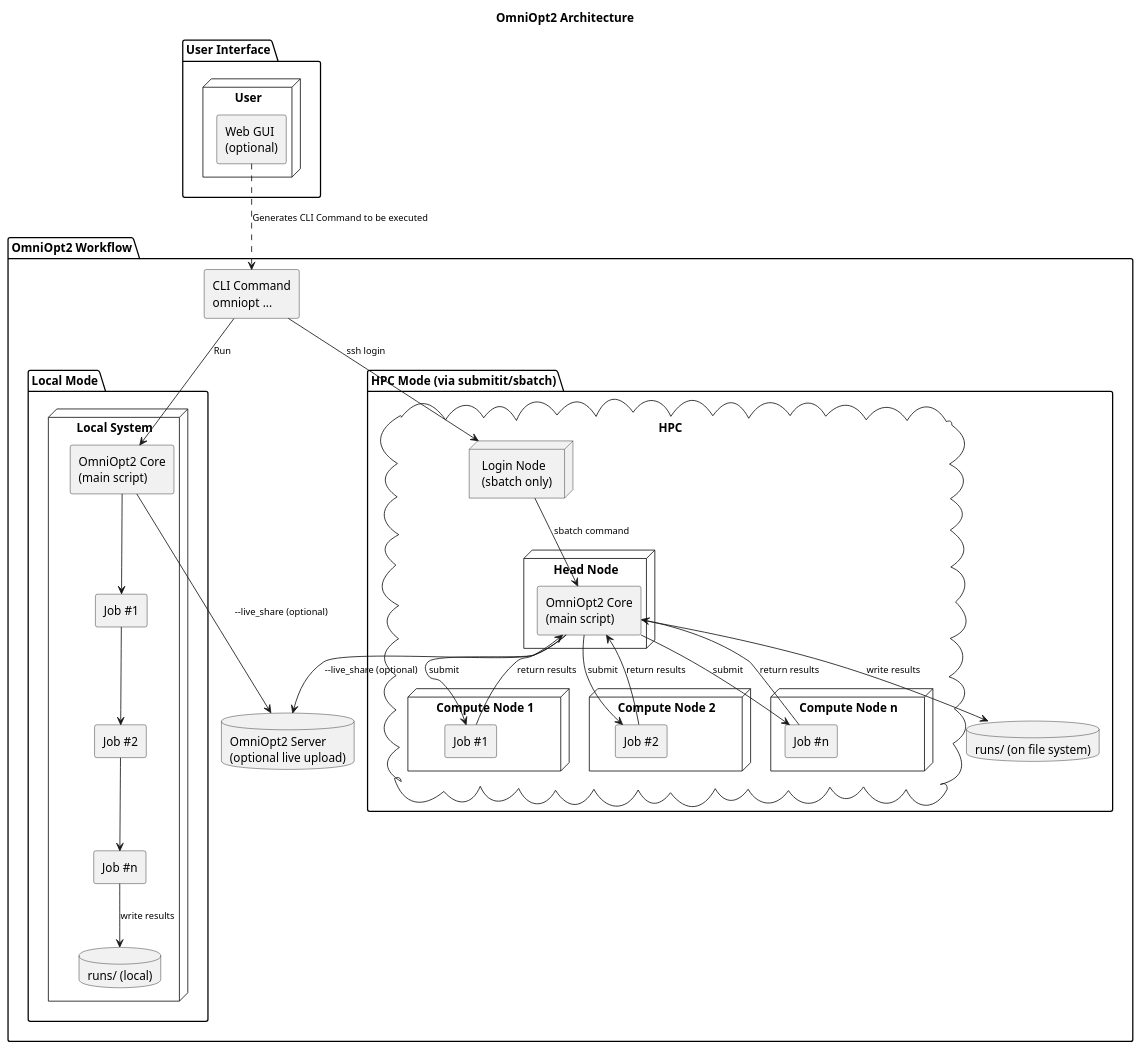
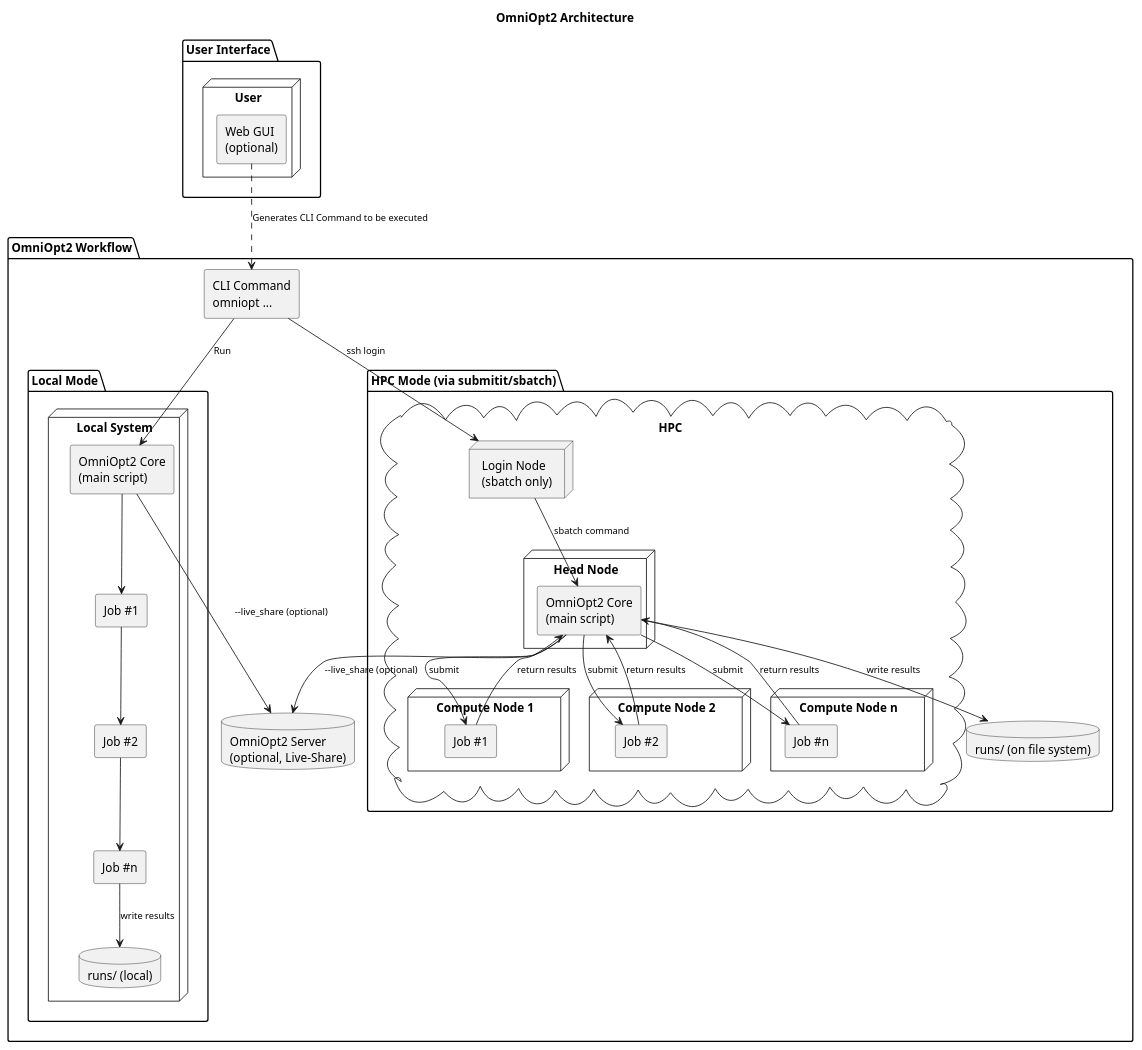
One commit to NormanTUD/OmniOpt changed the diagram in .gui/documentation/architektur.puml. Above: the diagram before and after it, drawn with PlantUML.

```diff
--- a/.gui/documentation/architektur.puml
+++ b/.gui/documentation/architektur.puml
@@ -1,80 +1,80 @@
 @startuml
 skinparam componentStyle rectangle
 skinparam defaultFontName Monospace
 skinparam ArrowFontSize 11
 
 title OmniOpt2 Architecture
 
 package "User Interface" {
   node "User" {
     component "Web GUI\n(optional)" as GUI
   }
 }
 
 package "OmniOpt2 Workflow" {
 
   component "CLI Command\nomniopt ..." as CLI
 
   GUI ..> CLI : Generates CLI Command to be executed
 
-  database "OmniOpt2 Server\n(optional live upload)" as OmniOpt2Server
+  database "OmniOpt2 Server\n(optional, Live-Share)" as OmniOpt2Server
 
   package "Local Mode" {
     node "Local System" {
       component "OmniOpt2 Core\n(main script)" as LocalCore
       component "Job #1" as LocalJobs1
       component "Job #2" as LocalJobs2
       component "Job #n" as LocalJobs3
       database "runs/ (local)" as LocalRuns
     }
 
     CLI --> LocalCore : Run
     LocalCore --> LocalJobs1
     LocalJobs1 --> LocalJobs2
     LocalJobs2 --> LocalJobs3
     LocalJobs3 --> LocalRuns : write results
     LocalCore --> OmniOpt2Server : --live_share (optional)
   }
 
   package "HPC Mode (via submitit/sbatch)" {
 
     cloud "HPC" {
 
       node "Login Node\n(sbatch only)" as LoginNode
 
       node "Head Node" {
         component "OmniOpt2 Core\n(main script)" as HPCMaster
       }
 
       node "Compute Node 1" {
         component "Job #1" as Job1
       }
 
       node "Compute Node 2" {
         component "Job #2" as Job2
       }
 
       node "Compute Node n" {
         component "Job #n" as Job3
       }
     }
 
     database "runs/ (on file system)" as HPCRuns
 
     CLI --> LoginNode : ssh login
     LoginNode --> HPCMaster : sbatch command
 
     HPCMaster --> Job1 : submit
     HPCMaster --> Job2 : submit
     HPCMaster --> Job3 : submit
 
     Job1 -down-> HPCMaster : return results
     Job2 -down-> HPCMaster : return results
     Job3 -down-> HPCMaster : return results
 
     HPCMaster --> HPCRuns : write results
     HPCMaster --> OmniOpt2Server : --live_share (optional)
   }
 }
 
 @enduml
```
